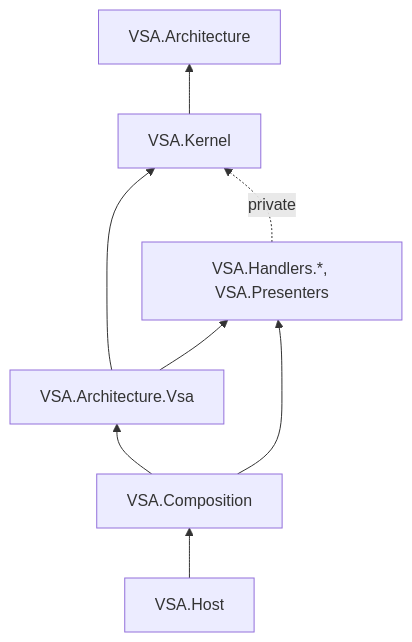
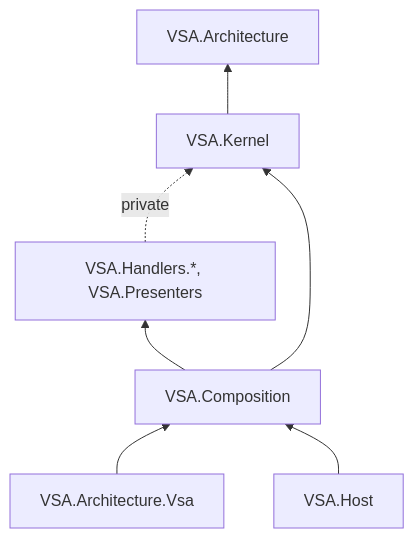
The diagram in docs/composition.md (MgCohen/vsa-template), drawn with Mermaid before and after one commit. The commit also changed other lines of this file and 24 other files, not shown here.

First line of the commit message:
Put Vsa<THost> in the VSA definition and Plugin in Composition

````diff
--- a/docs/composition.md
+++ b/docs/composition.md
@@ -285,10 +283,9 @@
 ```mermaid
 flowchart BT
     Kernel["VSA.Kernel"] --> Definition["VSA.Architecture"]
     Layers["VSA.Handlers.*, VSA.Presenters"] -. private .-> Kernel
-    VsaDefinition["VSA.Architecture.Vsa"] --> Kernel
-    VsaDefinition --> Layers
-    Composition["VSA.Composition"] --> VsaDefinition
+    Composition["VSA.Composition"] --> Kernel
     Composition --> Layers
+    VsaDefinition["VSA.Architecture.Vsa"] --> Composition
     Host["VSA.Host"] --> Composition
 ```
````
